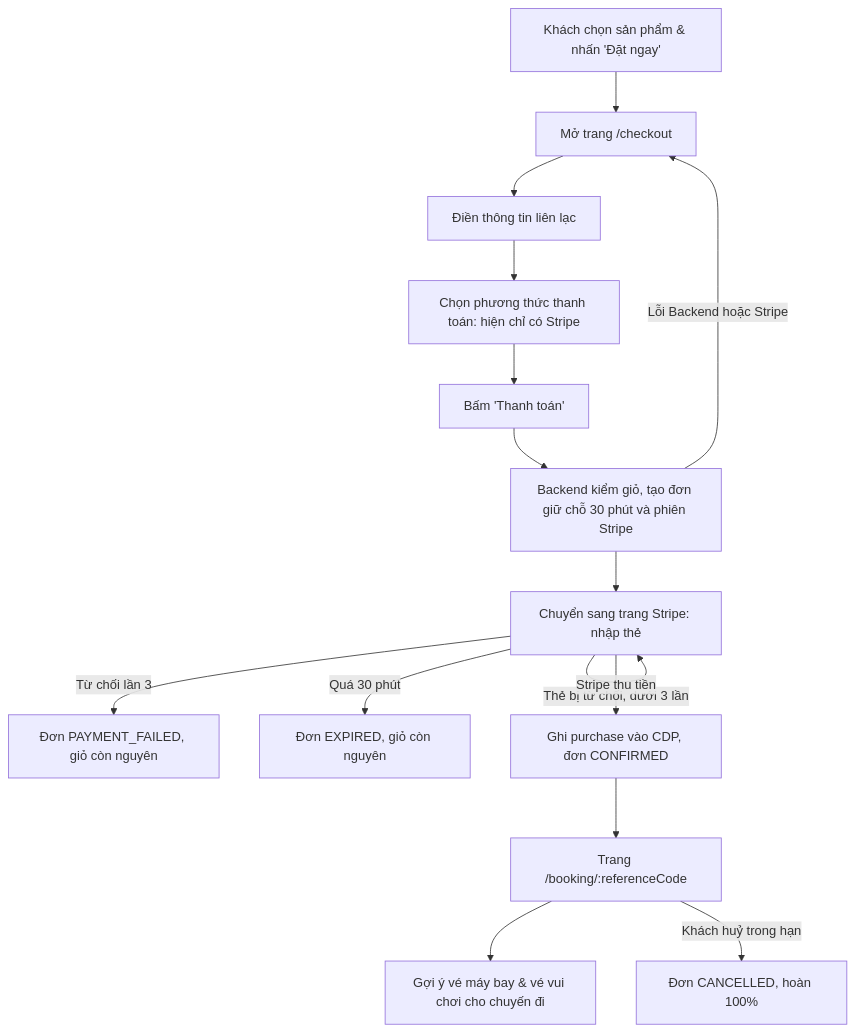
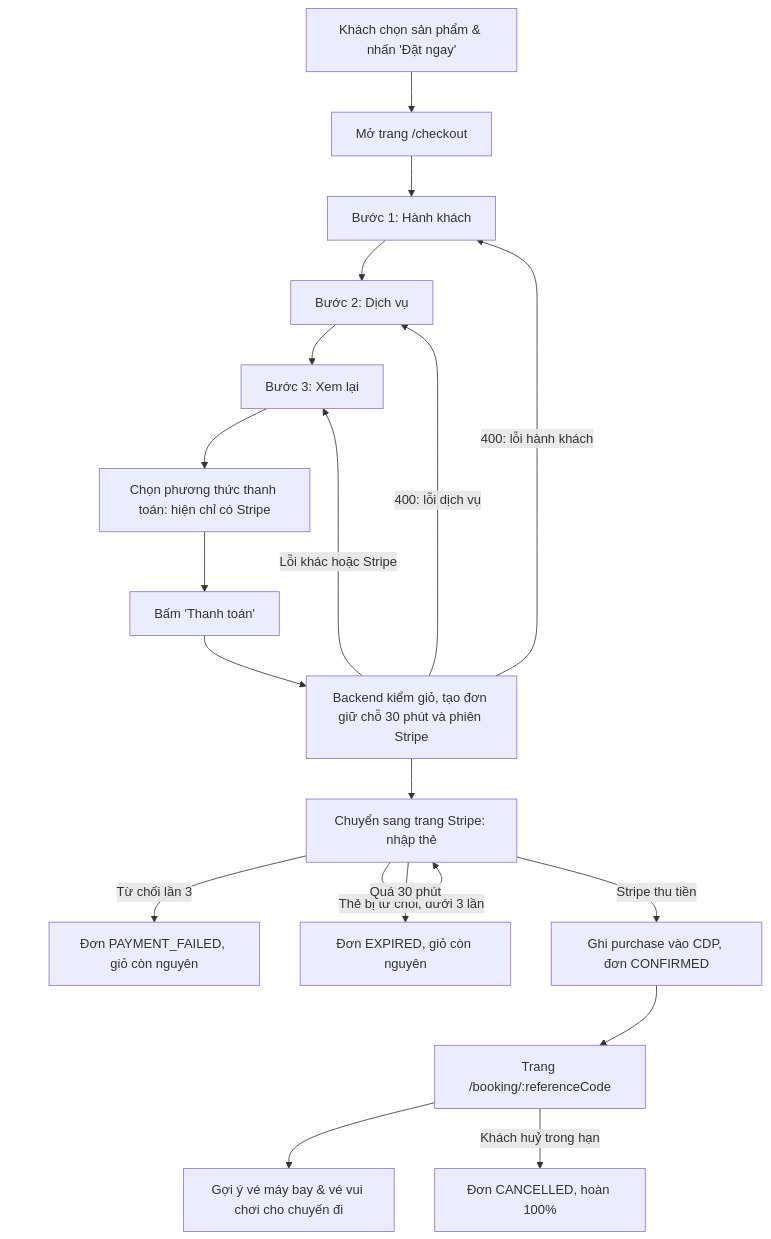
Before and after one commit to NguyenNhat4/Travel-Recommend-System: the third of 3 diagrams in docs/prd/user-flow.md, drawn with Mermaid. The commit also changed other lines of this file and 20 other files, not shown here.

````diff
--- a/docs/prd/user-flow.md
+++ b/docs/prd/user-flow.md
@@ -90,17 +90,19 @@
 ```mermaid
 flowchart TD
     A[Khách chọn sản phẩm & nhấn 'Đặt ngay'] --> B[Mở trang /checkout]
-    B --> C[Điền thông tin liên lạc]
-    C --> M[Chọn phương thức thanh toán: hiện chỉ có Stripe]
+    B --> C1[Bước 1: Hành khách] --> C2[Bước 2: Dịch vụ] --> C3[Bước 3: Xem lại]
+    C3 --> M[Chọn phương thức thanh toán: hiện chỉ có Stripe]
     M --> P[Bấm 'Thanh toán']
     P --> D[Backend kiểm giỏ, tạo đơn giữ chỗ 30 phút và phiên Stripe]
-    D -->|Lỗi Backend hoặc Stripe| B
+    D -->|400: lỗi hành khách| C1
+    D -->|400: lỗi dịch vụ| C2
+    D -->|Lỗi khác hoặc Stripe| C3
     D --> S[Chuyển sang trang Stripe: nhập thẻ]
     S -->|Thẻ bị từ chối, dưới 3 lần| S
     S -->|Từ chối lần 3| X1[Đơn PAYMENT_FAILED, giỏ còn nguyên]
     S -->|Quá 30 phút| X2[Đơn EXPIRED, giỏ còn nguyên]
     S -->|Stripe thu tiền| F[Ghi purchase vào CDP, đơn CONFIRMED]
     F --> G[Trang /booking/:referenceCode]
     G --> H[Gợi ý vé máy bay & vé vui chơi cho chuyến đi]
     G -->|Khách huỷ trong hạn| X3[Đơn CANCELLED, hoàn 100%]
 ```
````
